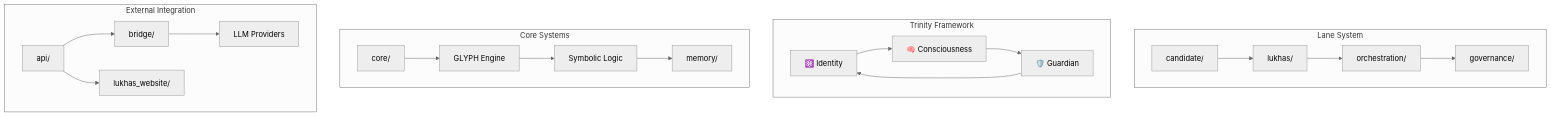
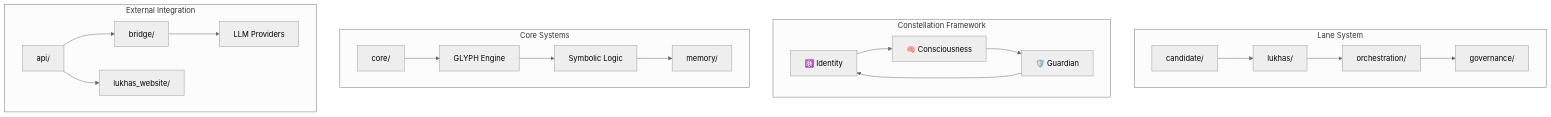
Before and after one commit to LukhasAI/Lukhas: the first of 2 diagrams in audit/SYSTEM_MAP.md, drawn with Mermaid (neutral theme). The commit also changed 1551 other files, not shown here.

````diff
--- a/audit/SYSTEM_MAP.md
+++ b/audit/SYSTEM_MAP.md
@@ -5,26 +5,26 @@
 ```mermaid
 graph TB
     subgraph "Lane System"
         C[candidate/] --> L[lukhas/]
         L --> O[orchestration/]
         O --> G[governance/]
     end
 
-    subgraph "Trinity Framework"
+    subgraph "Constellation Framework"
         I[⚛️ Identity] --> CON[🧠 Consciousness]
         CON --> GU[🛡️ Guardian]
         GU --> I
     end
 
     subgraph "Core Systems"
         CORE[core/] --> GLYPH[GLYPH Engine]
         GLYPH --> SYM[Symbolic Logic]
         SYM --> MEM[memory/]
     end
 
     subgraph "External Integration"
         API[api/] --> BRIDGE[bridge/]
         BRIDGE --> LLM[LLM Providers]
         API --> WEB[lukhas_website/]
     end
 ```
````
